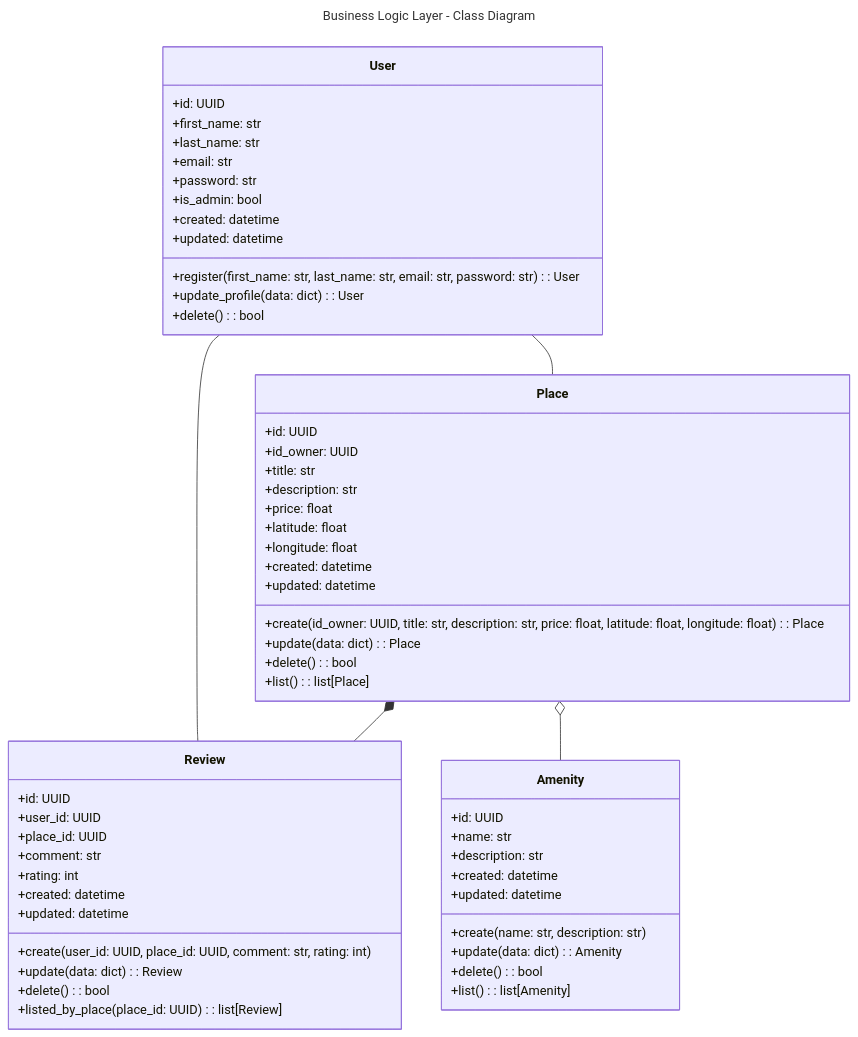
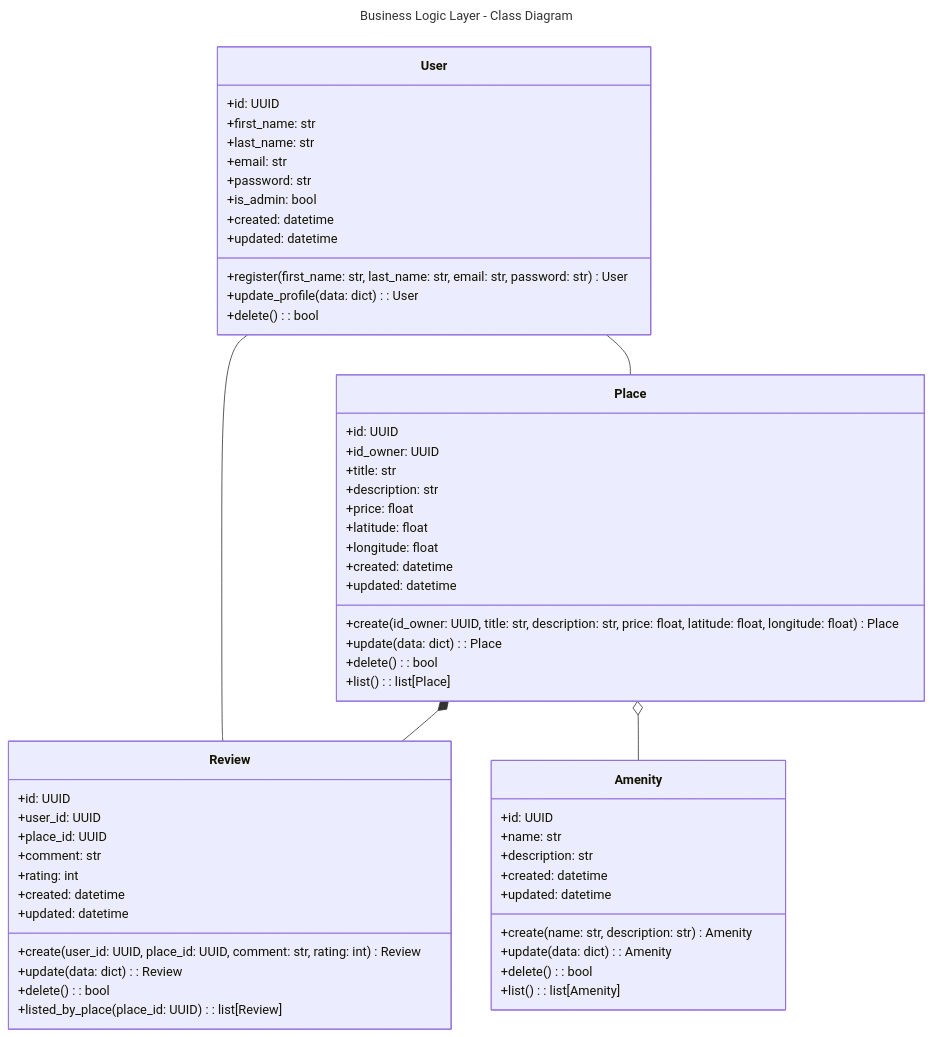
One commit to laetitiagrondin/holbertonschool-hbnb changed the diagram in part1/Detailed_Class_Diagram.md. Above: the diagram before and after it, drawn with Mermaid.

Commit message:
Deleted some ':'

````diff
--- a/part1/Detailed_Class_Diagram.md
+++ b/part1/Detailed_Class_Diagram.md
@@ -1,63 +1,63 @@
 ```mermaid
 ---
 title: Business Logic Layer - Class Diagram
 ---
 classDiagram
 class User {
     +id: UUID
     +first_name: str
     +last_name: str
     +email: str
     +password: str
     +is_admin: bool
     +created: datetime
     +updated: datetime
-    +register(first_name: str, last_name: str, email: str, password: str): User
+    +register(first_name: str, last_name: str, email: str, password: str) User
     +update_profile(data: dict): User
     +delete(): bool
 }
 class Place {
     +id: UUID
     +id_owner: UUID
     +title: str
     +description: str
     +price: float
     +latitude: float
     +longitude: float
     +created: datetime
     +updated: datetime
-    +create(id_owner: UUID, title: str, description: str, price: float, latitude: float, longitude: float): Place
+    +create(id_owner: UUID, title: str, description: str, price: float, latitude: float, longitude: float) Place
     +update(data: dict): Place
     +delete(): bool
     +list(): list[Place]
 }
 class Review {
     +id: UUID
     +user_id: UUID
     +place_id: UUID
     +comment: str
     +rating: int
     +created: datetime
     +updated: datetime
-    +create(user_id: UUID, place_id: UUID, comment: str, rating: int)
+    +create(user_id: UUID, place_id: UUID, comment: str, rating: int) Review
     +update(data: dict): Review
     +delete(): bool
     +listed_by_place(place_id: UUID): list[Review]
 }
 class Amenity {
     +id: UUID
     +name: str
     +description: str
     +created: datetime
     +updated: datetime
-    +create(name: str, description: str)
+    +create(name: str, description: str) Amenity
     +update(data: dict): Amenity
     +delete(): bool
     +list(): list[Amenity]
 }
 
 User -- Place
 User -- Review
 Place *-- Review
 Place o-- Amenity
 ```
````
